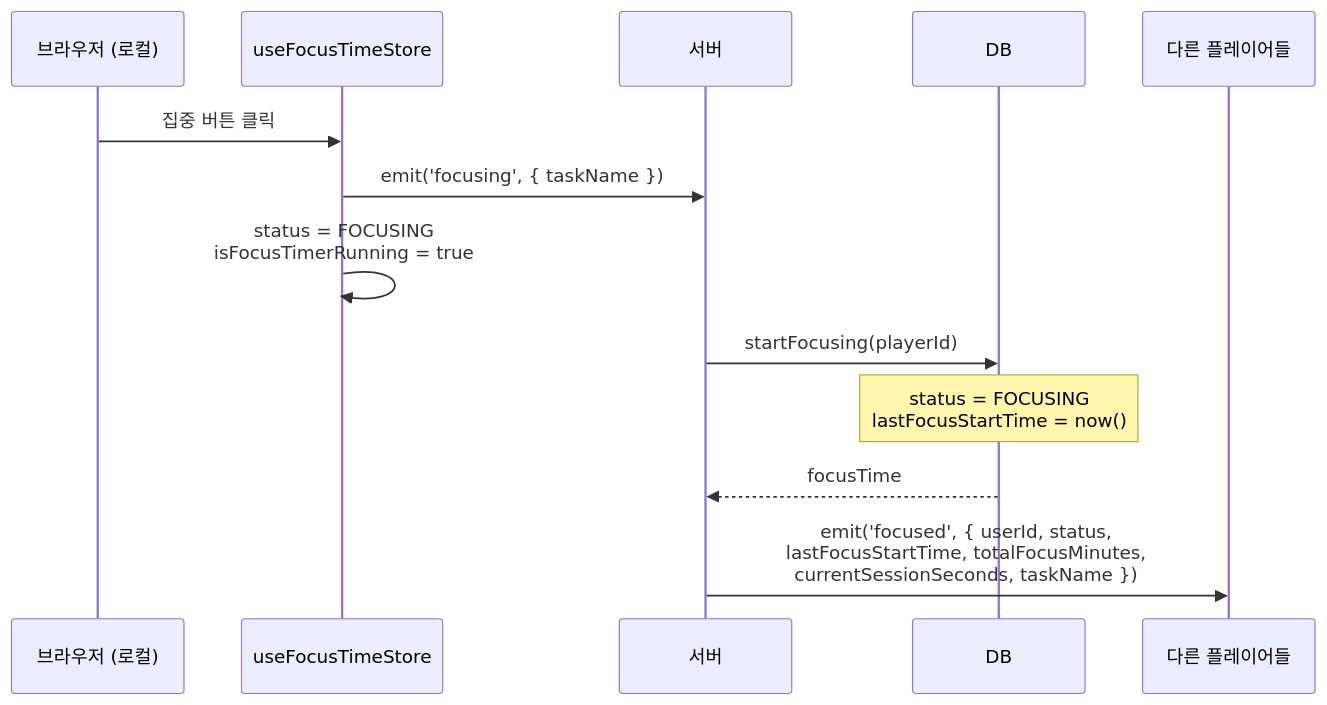
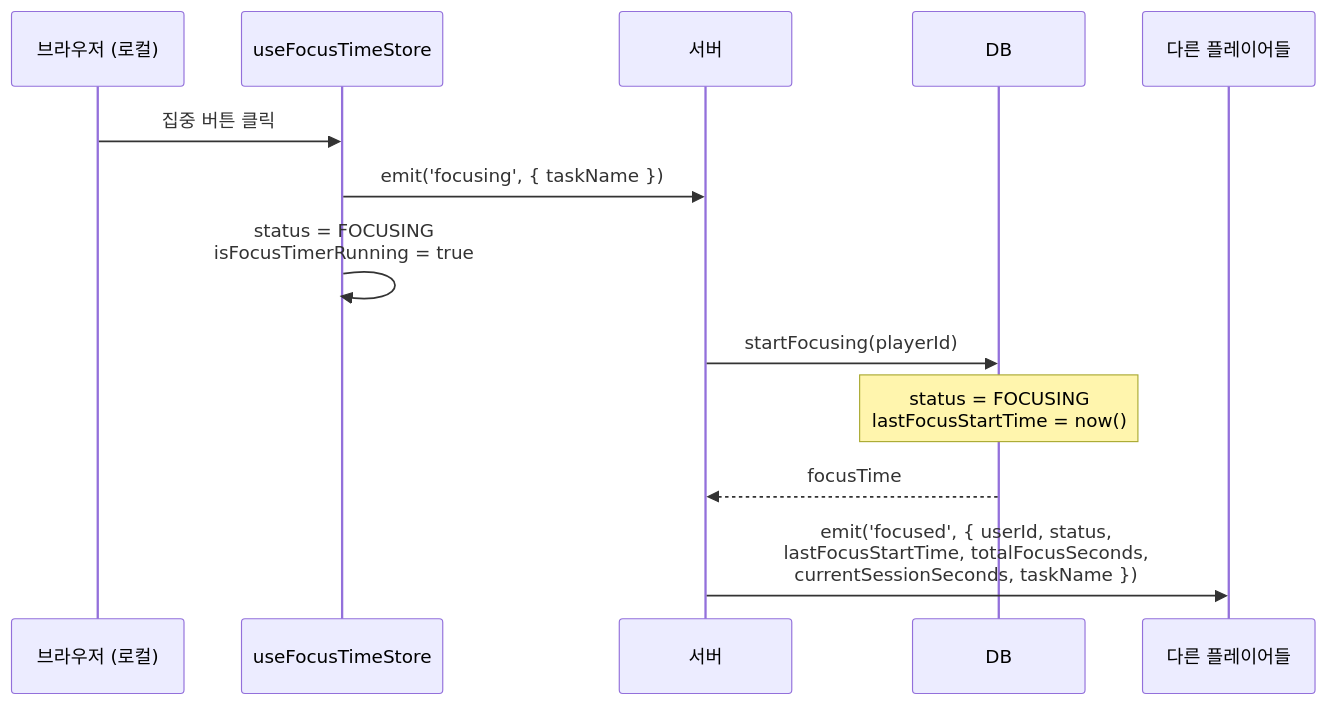
One commit to boostcampwm2025/web19-estrogenquattro changed the second of 10 diagrams in docs/reference/FOCUS_TIME.md. Above: the diagram before and after it, drawn with Mermaid. The commit also changed other lines of this file and 24 other files, not shown here.

````diff
--- a/docs/reference/FOCUS_TIME.md
+++ b/docs/reference/FOCUS_TIME.md
@@ -77,18 +77,18 @@
 ```mermaid
 sequenceDiagram
     participant Browser as 브라우저 (로컬)
     participant Store as useFocusTimeStore
     participant Server as 서버
     participant DB as DB
     participant Others as 다른 플레이어들
 
     Browser->>Store: 집중 버튼 클릭
     Store->>Server: emit('focusing', { taskName })
     Store->>Store: status = FOCUSING<br/>isFocusTimerRunning = true
 
     Server->>DB: startFocusing(playerId)
     Note over DB: status = FOCUSING<br/>lastFocusStartTime = now()
     DB-->>Server: focusTime
 
-    Server->>Others: emit('focused', { userId, status,<br/>lastFocusStartTime, totalFocusMinutes,<br/>currentSessionSeconds, taskName })
+    Server->>Others: emit('focused', { userId, status,<br/>lastFocusStartTime, totalFocusSeconds,<br/>currentSessionSeconds, taskName })
 ```
````
